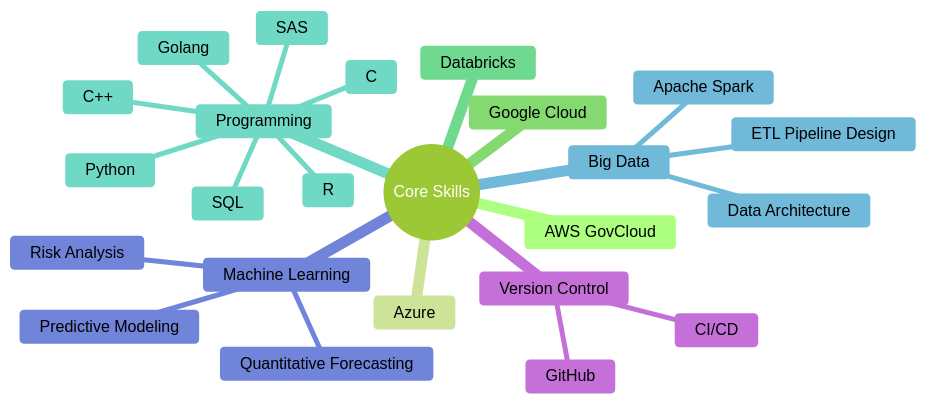
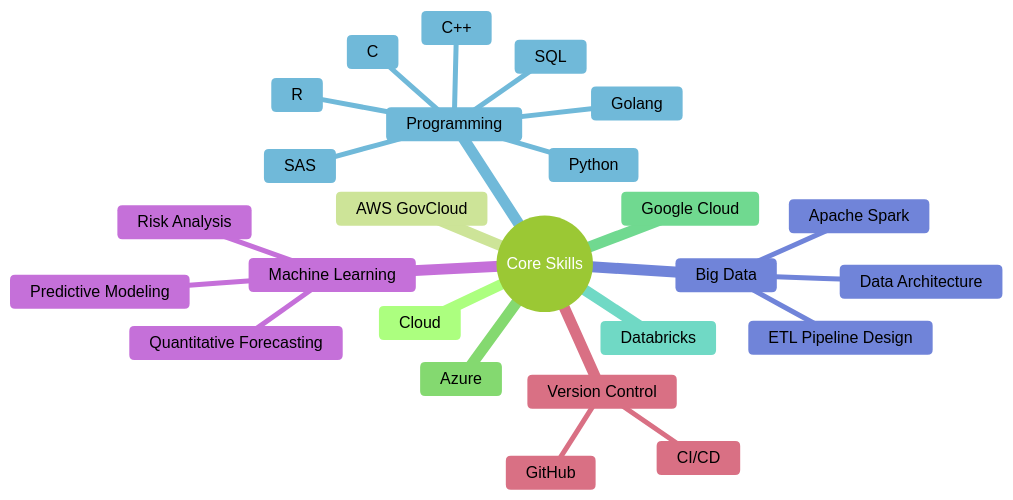
Before and after one commit to MatthewK84/MatthewK84: the diagram in README.md, drawn with Mermaid (forest theme).

````diff
--- a/README.md
+++ b/README.md
@@ -39,27 +39,28 @@
 ```mermaid
 mindmap
   root((Core Skills))
+      Cloud
       AWS GovCloud
       Azure
       Google Cloud
       Databricks
     Programming
       Python
       C
       Golang
       C++
       R
       SQL
       SAS
     Big Data
       Apache Spark
       Data Architecture
       ETL Pipeline Design
     Machine Learning
       Predictive Modeling
       Risk Analysis
       Quantitative Forecasting
     Version Control
       GitHub
       CI/CD
 ```
````
